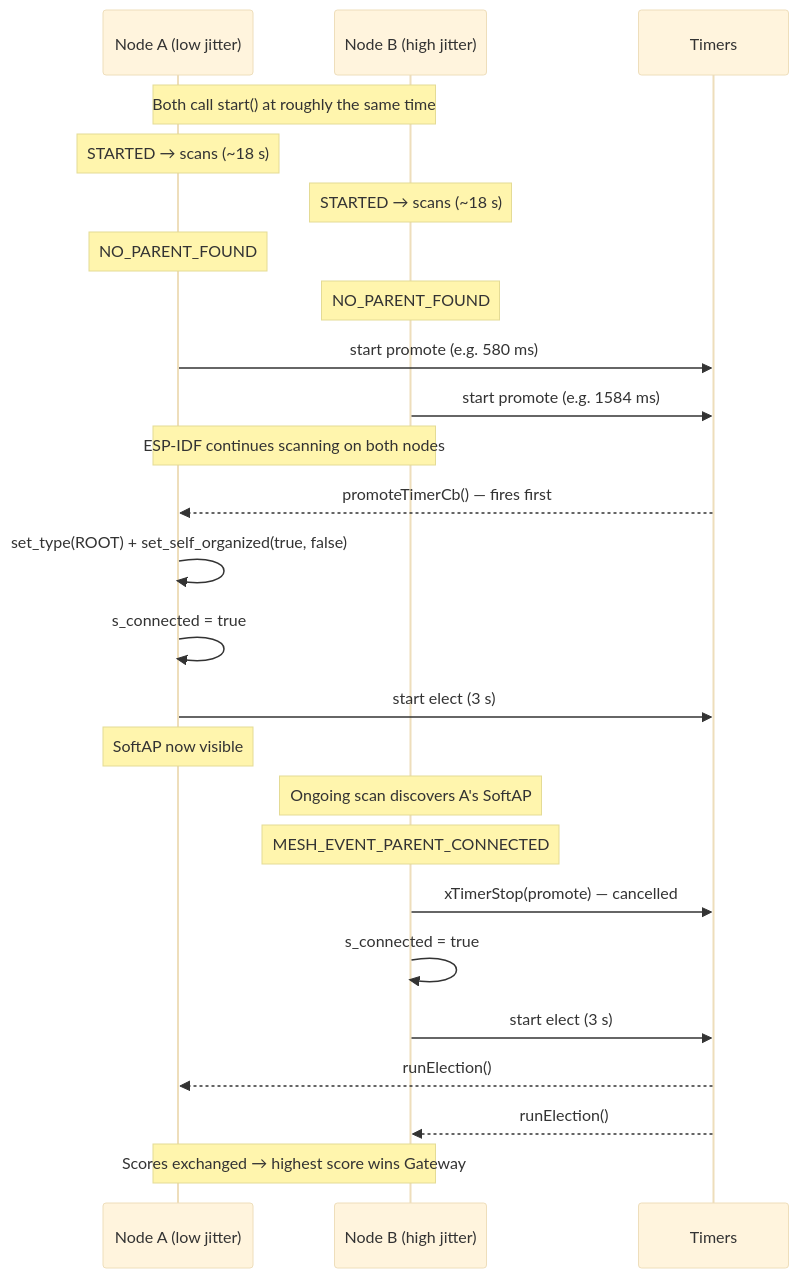
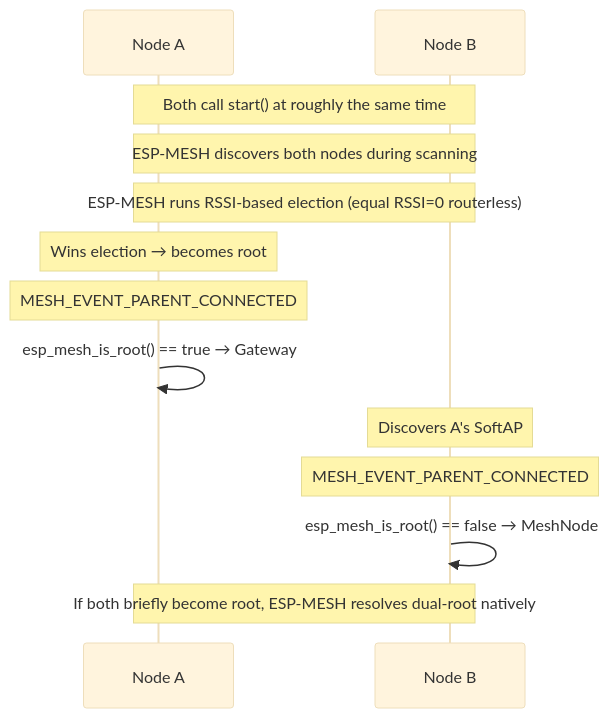
The second of 5 diagrams in FSD.md (jlarnal/Squeek), drawn with Mermaid (base theme) before and after one commit. The commit also changed other lines of this file and 28 other files, not shown here.

````diff
--- a/FSD.md
+++ b/FSD.md
@@ -505,28 +538,16 @@
 ```mermaid
 sequenceDiagram
-    participant A as Node A (low jitter)
-    participant B as Node B (high jitter)
-    participant T as Timers
+    participant A as Node A
+    participant B as Node B
 
     Note over A,B: Both call start() at roughly the same time
-    Note over A: STARTED → scans (~18 s)
-    Note over B: STARTED → scans (~18 s)
-    Note over A: NO_PARENT_FOUND
-    Note over B: NO_PARENT_FOUND
-    A->>T: start promote (e.g. 580 ms)
-    B->>T: start promote (e.g. 1584 ms)
-    Note over A,B: ESP-IDF continues scanning on both nodes
-    T-->>A: promoteTimerCb() — fires first
-    A->>A: set_type(ROOT) + set_self_organized(true, false)
-    A->>A: s_connected = true
-    A->>T: start elect (3 s)
-    Note over A: SoftAP now visible
-    Note over B: Ongoing scan discovers A's SoftAP
+    Note over A,B: ESP-MESH discovers both nodes during scanning
+    Note over A,B: ESP-MESH runs RSSI-based election (equal RSSI=0 routerless)
+    Note over A: Wins election → becomes root
+    Note over A: MESH_EVENT_PARENT_CONNECTED
+    A->>A: esp_mesh_is_root() == true → Gateway
+    Note over B: Discovers A's SoftAP
     Note over B: MESH_EVENT_PARENT_CONNECTED
-    B->>T: xTimerStop(promote) — cancelled
-    B->>B: s_connected = true
-    B->>T: start elect (3 s)
-    T-->>A: runElection()
-    T-->>B: runElection()
-    Note over A,B: Scores exchanged → highest score wins Gateway
+    B->>B: esp_mesh_is_root() == false → MeshNode
+    Note over A,B: If both briefly become root, ESP-MESH resolves dual-root natively
 ```
````
